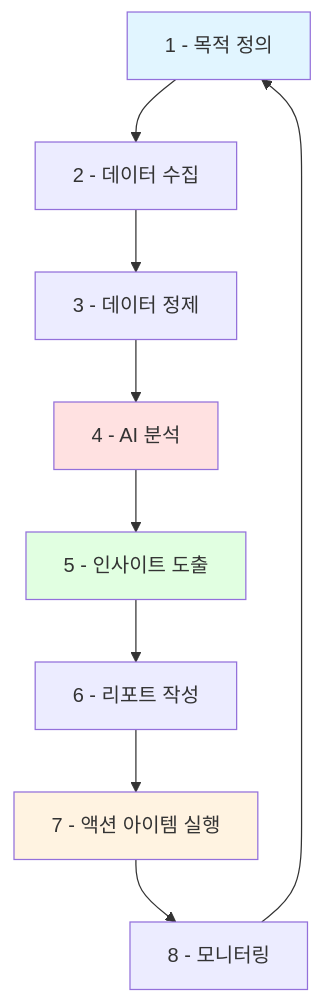
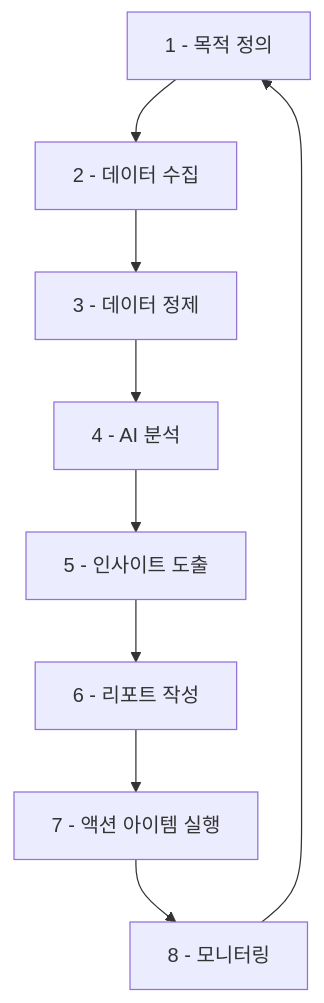
One commit to nugurejeil/weniVooks changed the fourth of 4 diagrams in _md/genai-notion/chapter05/05-1.md. Above: the diagram before and after it, drawn with Mermaid. The commit also changed other lines of this file and 187 other files, not shown here.

````diff
--- a/_md/genai-notion/chapter05/05-1.md
+++ b/_md/genai-notion/chapter05/05-1.md
@@ -525,16 +529,11 @@
 ```mermaid
 graph TD
     A[1 - 목적 정의] --> B[2 - 데이터 수집]
     B --> C[3 - 데이터 정제]
     C --> D[4 - AI 분석]
     D --> E[5 - 인사이트 도출]
     E --> F[6 - 리포트 작성]
     F --> G[7 - 액션 아이템 실행]
     G --> H[8 - 모니터링]
     H --> A
-
-    style A fill:#e1f5ff
-    style D fill:#ffe1e1
-    style E fill:#e1ffe1
-    style G fill:#fff3e1
 ```
````
